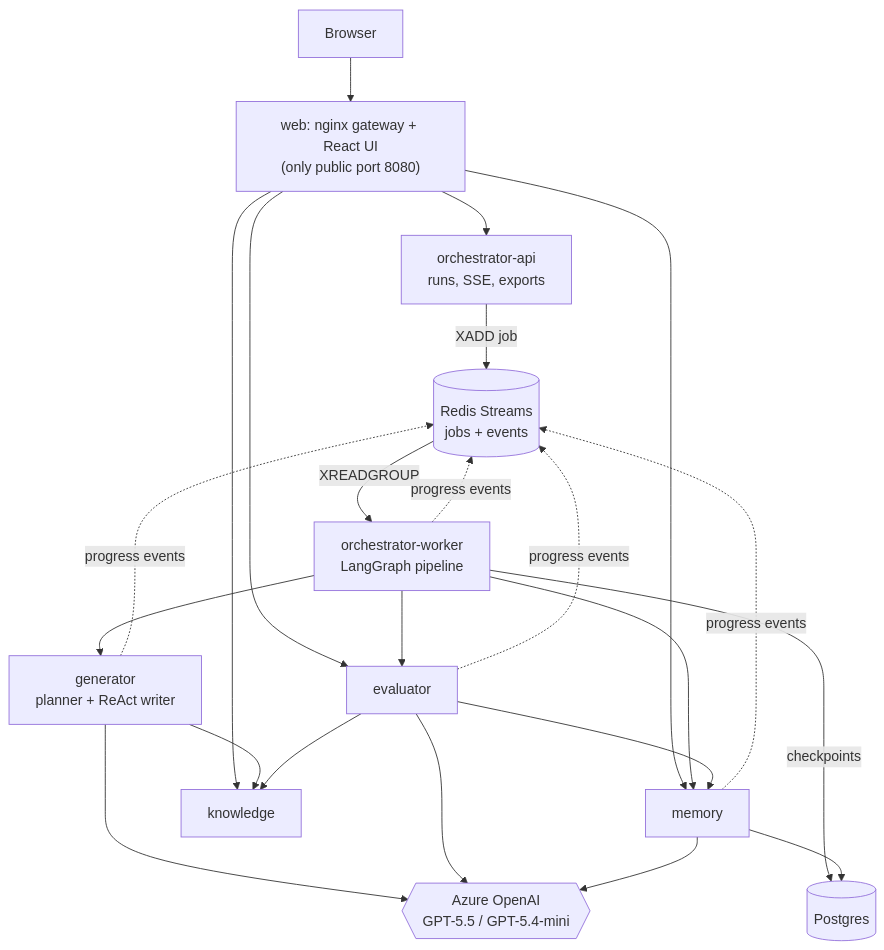
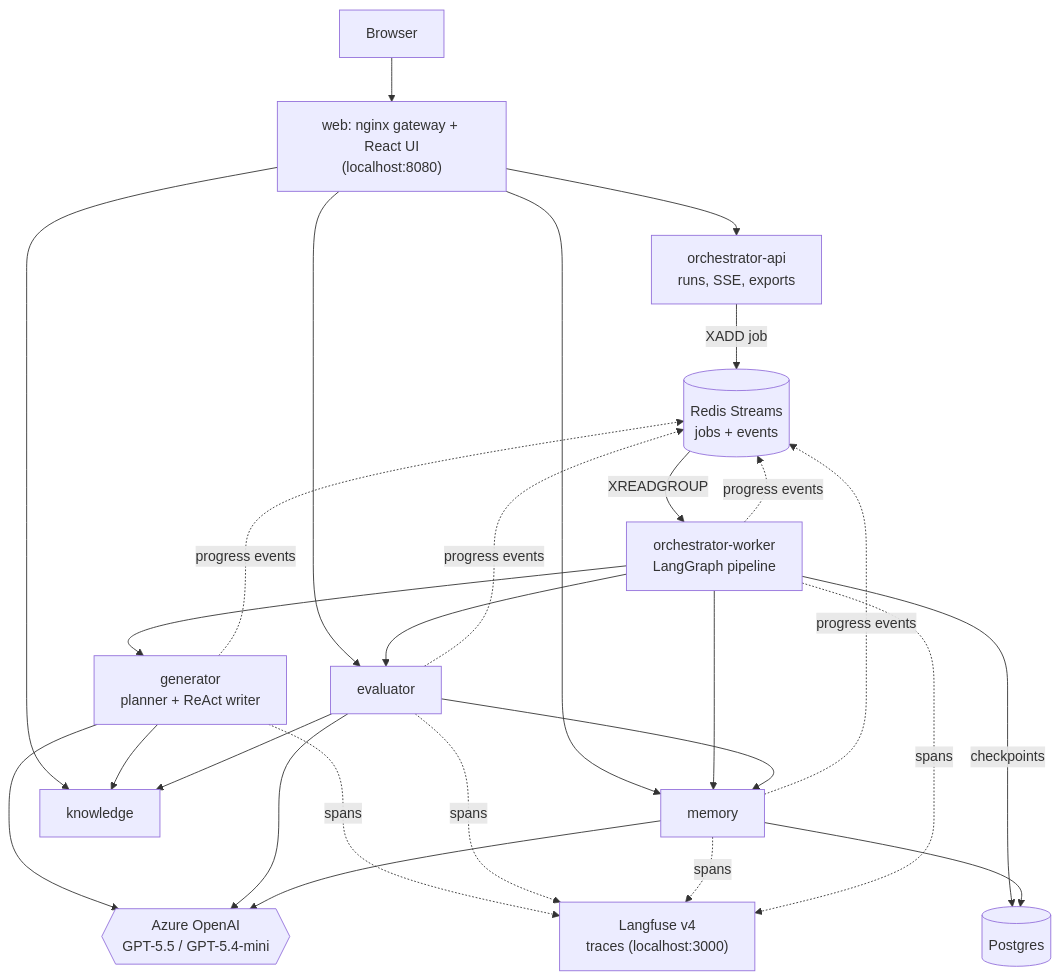
One commit to Anup2000-git/self-evaluating-lesson-generator changed the second of 2 diagrams in README.md. Above: the diagram before and after it, drawn with Mermaid. The commit also changed other lines of this file and 24 other files, not shown here.

````diff
--- a/README.md
+++ b/README.md
@@ -64,20 +64,21 @@
 ```mermaid
 flowchart TB
-    B[Browser] --> G["web: nginx gateway + React UI<br/>(only public port 8080)"]
+    B[Browser] --> G["web: nginx gateway + React UI<br/>(localhost:8080)"]
     G --> OA[orchestrator-api<br/>runs, SSE, exports]
     G --> EV[evaluator]
     G --> ME[memory]
     G --> KN[knowledge]
     OA -- XADD job --> RS[(Redis Streams<br/>jobs + events)]
     RS -- XREADGROUP --> OW[orchestrator-worker<br/>LangGraph pipeline]
     OW --> GE[generator<br/>planner + ReAct writer]
     OW --> EV
     OW --> ME
     GE --> KN
     EV --> KN
     EV --> ME
     OW -- checkpoints --> PG[(Postgres)]
     ME --> PG
     GE & EV & ME --> AZ{{Azure OpenAI<br/>GPT-5.5 / GPT-5.4-mini}}
     GE & EV & ME & OW -. progress events .-> RS
+    GE & EV & ME & OW -. spans .-> LF["Langfuse v4<br/>traces (localhost:3000)"]
 ```
````
